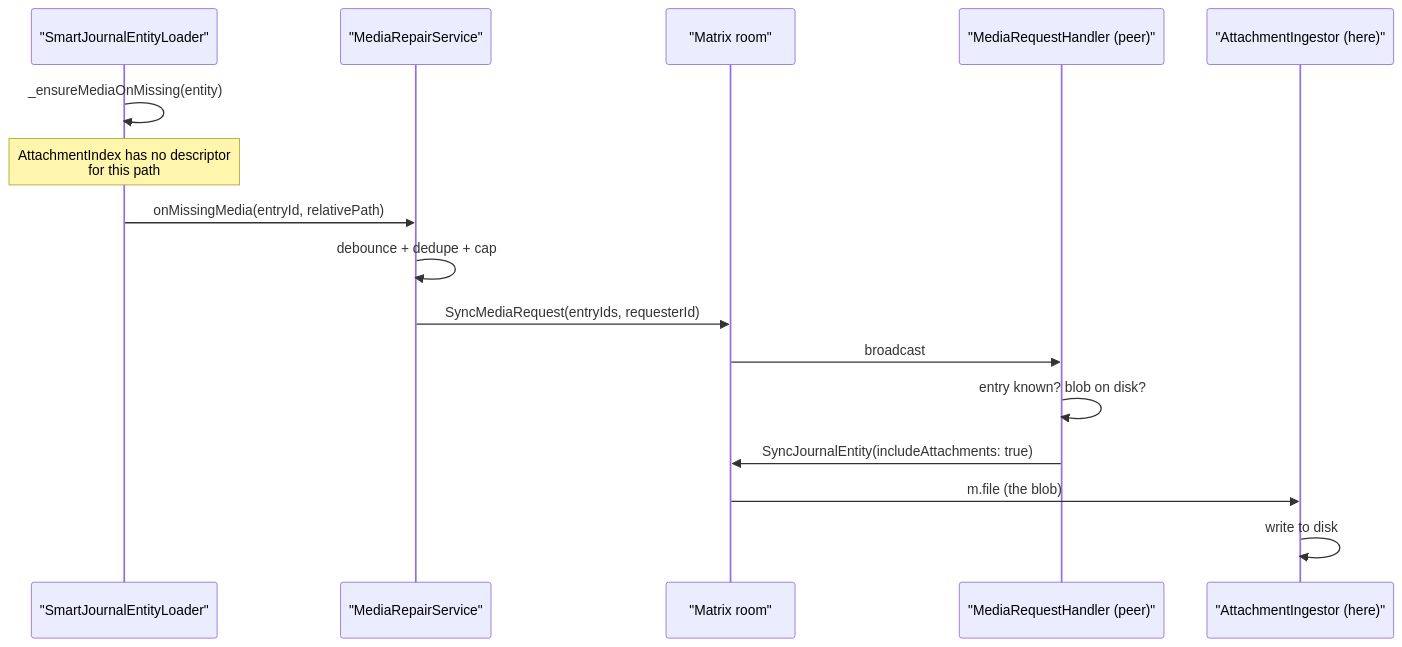
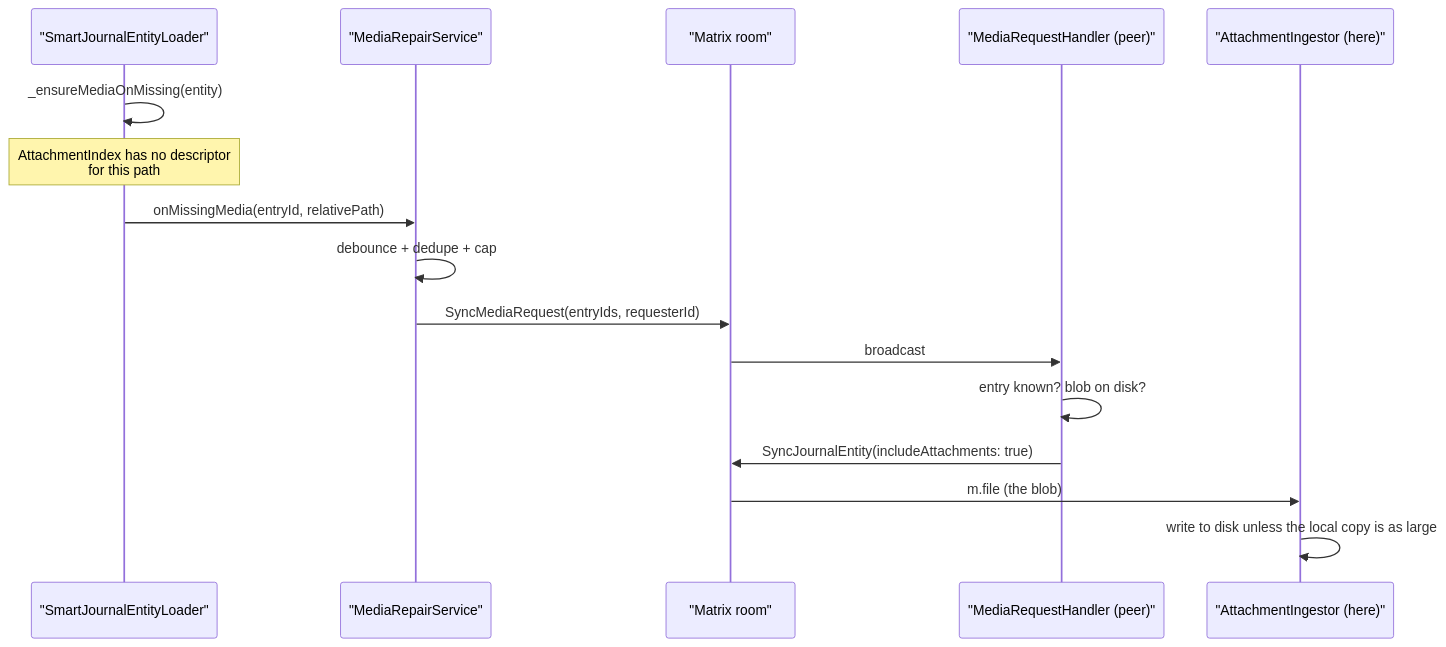
One commit to matthiasn/lotti changed the second of 7 diagrams in knowledge/features/sync/send-path.md. Above: the diagram before and after it, drawn with Mermaid. The commit also changed other lines of this file and 35 other files, not shown here.

````diff
--- a/knowledge/features/sync/send-path.md
+++ b/knowledge/features/sync/send-path.md
@@ -144,19 +144,19 @@
 ```mermaid
 sequenceDiagram
   participant Loader as "SmartJournalEntityLoader"
   participant Repair as "MediaRepairService"
   participant Room as "Matrix room"
   participant Peer as "MediaRequestHandler (peer)"
   participant Ingest as "AttachmentIngestor (here)"
 
   Loader->>Loader: _ensureMediaOnMissing(entity)
   Note over Loader: AttachmentIndex has no descriptor<br/>for this path
   Loader->>Repair: onMissingMedia(entryId, relativePath)
   Repair->>Repair: debounce + dedupe + cap
   Repair->>Room: SyncMediaRequest(entryIds, requesterId)
   Room->>Peer: broadcast
   Peer->>Peer: entry known? blob on disk?
   Peer->>Room: SyncJournalEntity(includeAttachments: true)
   Room->>Ingest: m.file (the blob)
-  Ingest->>Ingest: write to disk
+  Ingest->>Ingest: write to disk unless the local copy is as large
 ```
````
